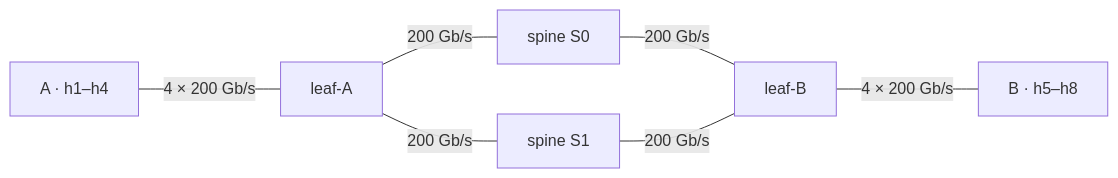
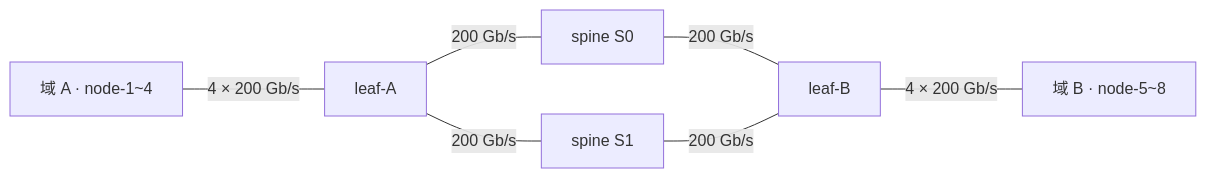
The diagram in AI-Infra/19_节点交付、版本变更与集群持续运行/04_机架约束、作业容量与维护余量.md (realtyz/ops-manual), drawn with Mermaid before and after one commit. The commit also changed other lines of this file and 194 other files, not shown here.

````diff
--- a/AI-Infra/19_节点交付、版本变更与集群持续运行/04_机架约束、作业容量与维护余量.md
+++ b/AI-Infra/19_节点交付、版本变更与集群持续运行/04_机架约束、作业容量与维护余量.md
@@ -24,9 +33,10 @@
 ```mermaid
 flowchart LR
-    A["A · h1–h4"] ---|"4 × 200 Gb/s"| LA["leaf-A"]
+    accDescr: 双机架 RoCEv2 Spine-Leaf 计算网拓扑图，域 A 四台节点以 4×200 Gb/s 下联接 leaf-A，域 B 四台节点以 4×200 Gb/s 下联接 leaf-B，两台 leaf 各通过两条 200 Gb/s 全双工上联分别接入 spine S0 与 spine S1。
+    A["域 A · node-1~4"] ---|"4 × 200 Gb/s"| LA["leaf-A"]
     LA ---|"200 Gb/s"| S0["spine S0"]
     LA ---|"200 Gb/s"| S1["spine S1"]
     S0 ---|"200 Gb/s"| LB["leaf-B"]
     S1 ---|"200 Gb/s"| LB
-    LB ---|"4 × 200 Gb/s"| B["B · h5–h8"]
+    LB ---|"4 × 200 Gb/s"| B["域 B · node-5~8"]
 ```
````
